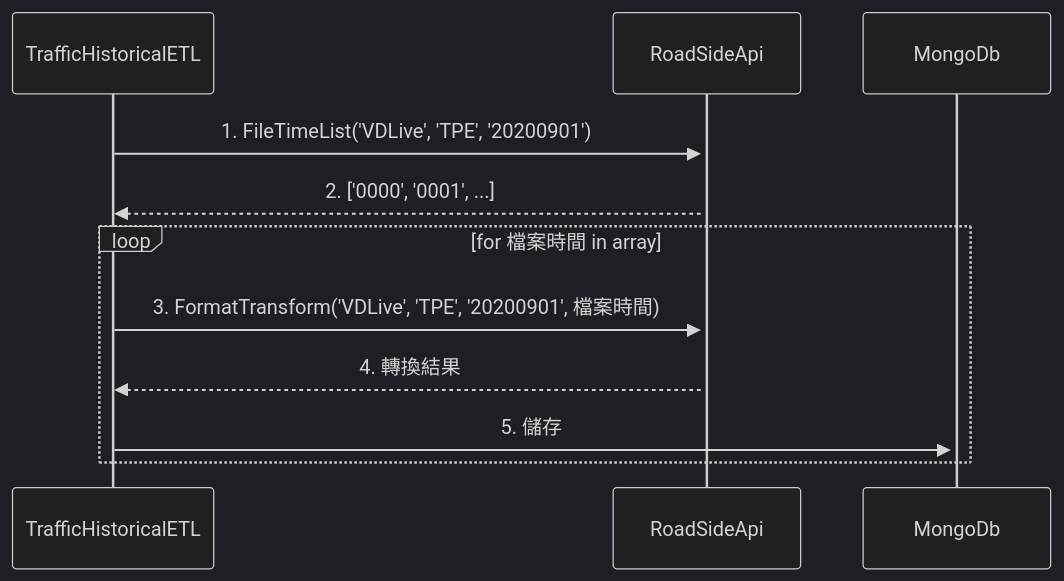
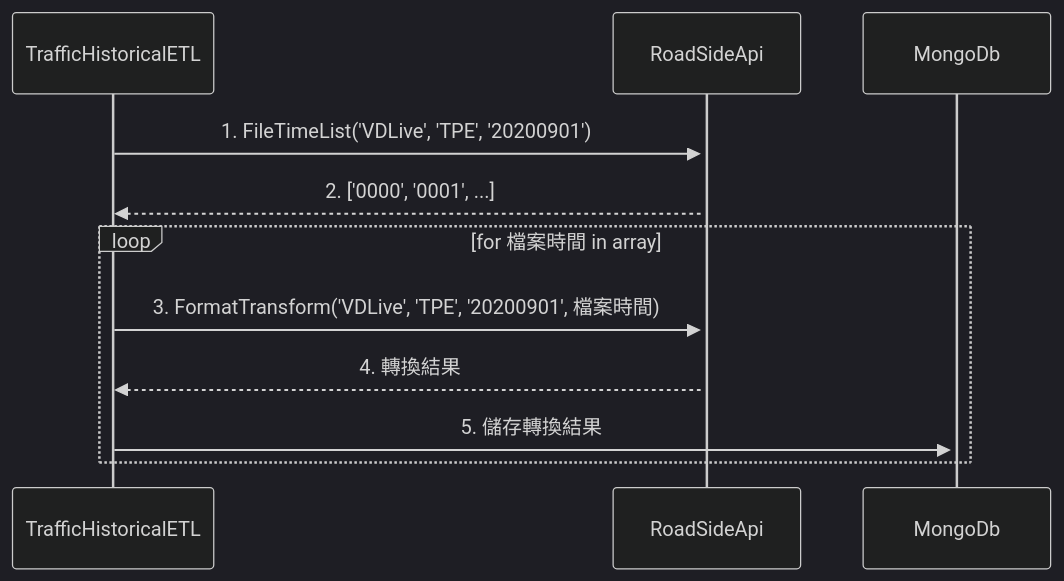
The diagram in Traffic/歷史補遺作業/README.md (tqsmm628/work-public), drawn with Mermaid (dark theme) before and after one commit. The commit also changed other lines of this file, not shown here.

````diff
--- a/Traffic/歷史補遺作業/README.md
+++ b/Traffic/歷史補遺作業/README.md
@@ -24,13 +26,13 @@
 ```mermaid
 sequenceDiagram
     participant TrafficHistoricalETL
     participant RoadSideApi
     participant MongoDb
     TrafficHistoricalETL->>+RoadSideApi: 1. FileTimeList('VDLive', 'TPE', '20200901')
     RoadSideApi-->>TrafficHistoricalETL: 2. ['0000', '0001', ...]
     loop for 檔案時間 in array
         TrafficHistoricalETL->>+RoadSideApi: 3. FormatTransform('VDLive', 'TPE', '20200901', 檔案時間)
         RoadSideApi-->>TrafficHistoricalETL: 4. 轉換結果
-        TrafficHistoricalETL->>+MongoDb: 5. 儲存
+        TrafficHistoricalETL->>+MongoDb: 5. 儲存轉換結果
     end
 ```
````
